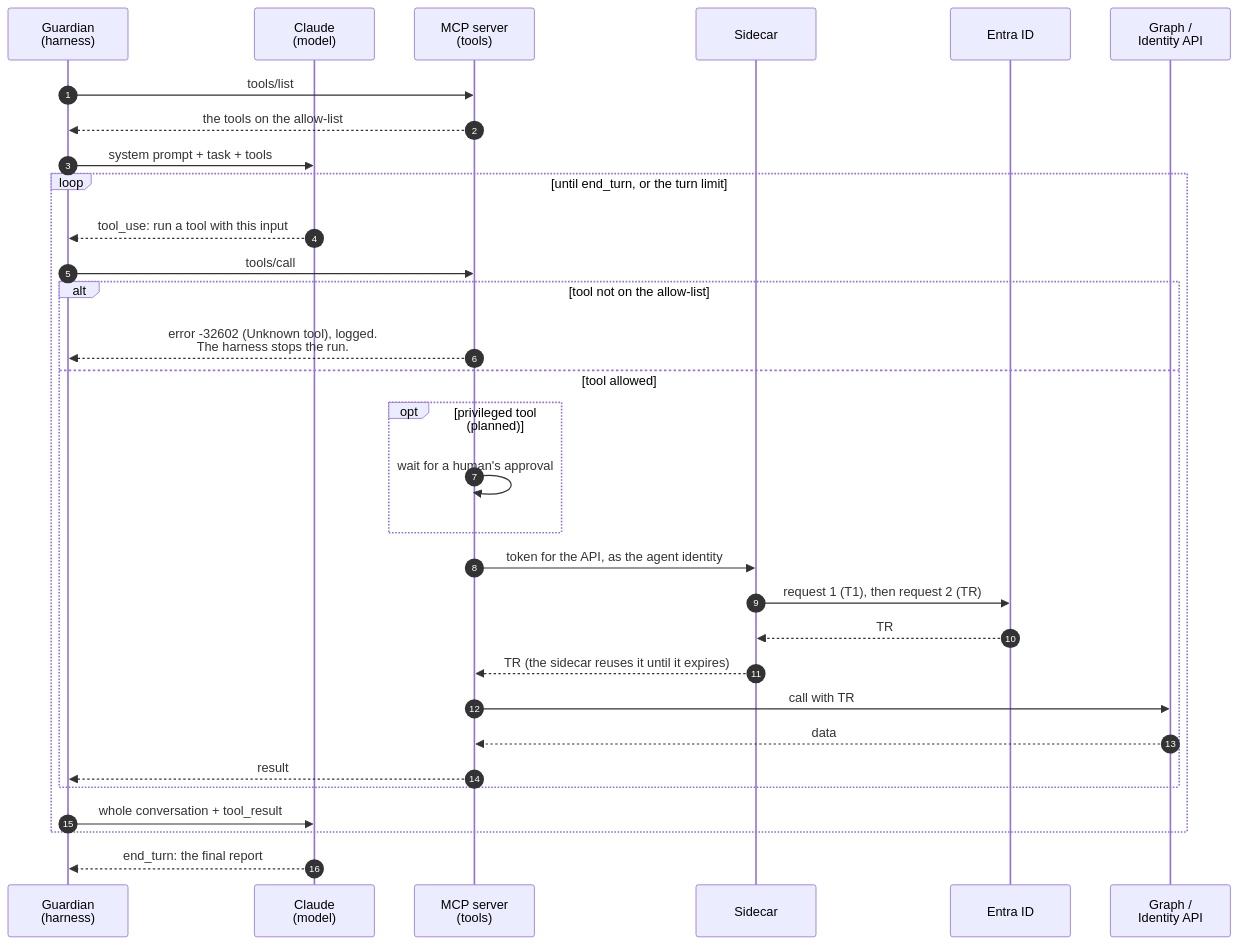
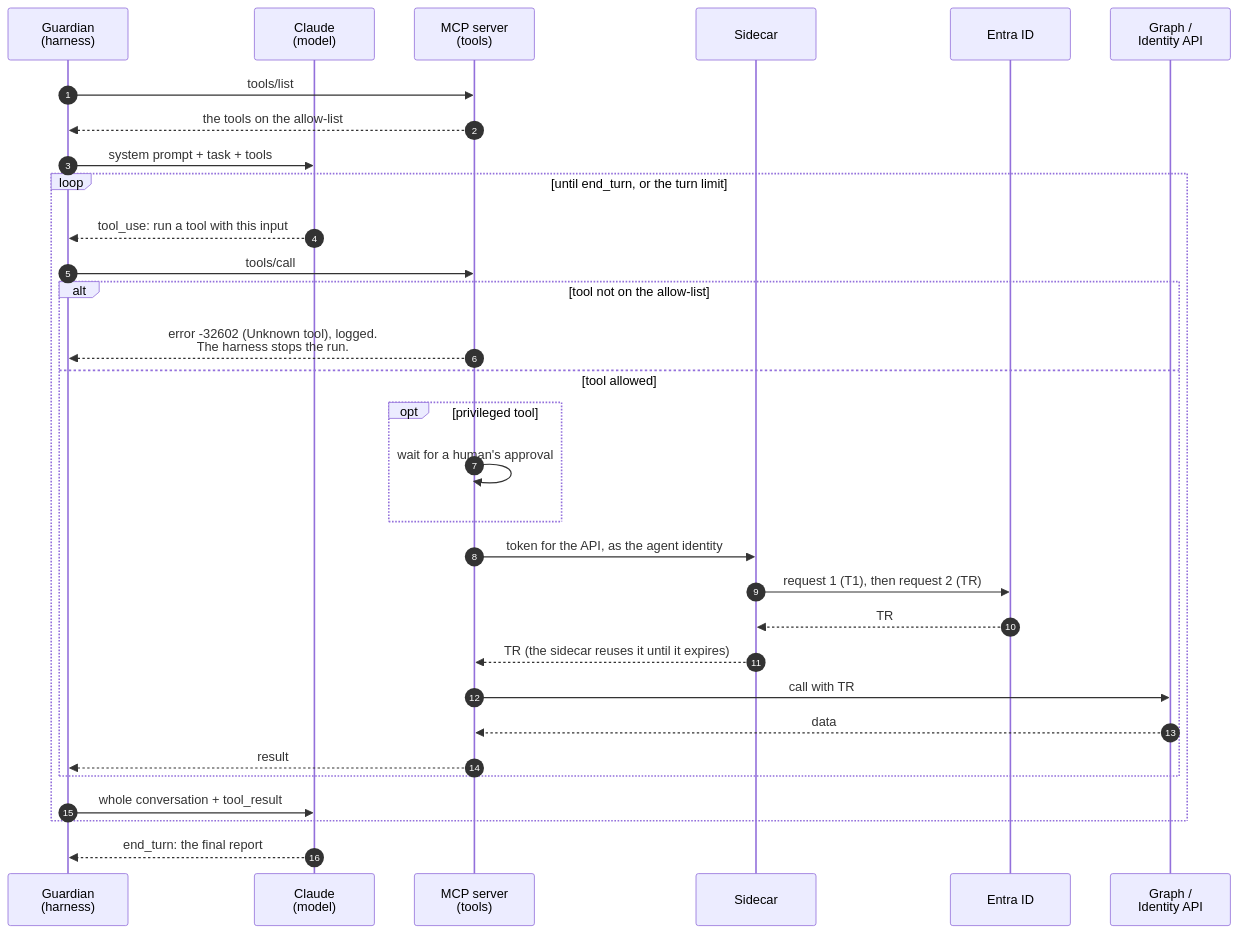
The diagram in docs/harness.md (alireza-mpr/agent-steward), drawn with Mermaid before and after one commit. The commit also changed other lines of this file and 9 other files, not shown here.

````diff
--- a/docs/harness.md
+++ b/docs/harness.md
@@ -32,34 +33,34 @@
 ```mermaid
 sequenceDiagram
     autonumber
     participant G as Guardian<br/>(harness)
     participant C as Claude<br/>(model)
     participant M as MCP server<br/>(tools)
     participant S as Sidecar
     participant E as Entra ID
     participant R as Graph /<br/>Identity API
 
     G->>M: tools/list
     M-->>G: the tools on the allow-list
     G->>C: system prompt + task + tools
     loop until end_turn, or the turn limit
         C-->>G: tool_use: run a tool with this input
         G->>M: tools/call
         alt tool not on the allow-list
             M-->>G: error -32602 (Unknown tool), logged.<br/>The harness stops the run.
         else tool allowed
-            opt privileged tool (planned)
+            opt privileged tool
                 M->>M: wait for a human's approval
             end
             M->>S: token for the API, as the agent identity
             S->>E: request 1 (T1), then request 2 (TR)
             E-->>S: TR
             S-->>M: TR (the sidecar reuses it until it expires)
             M->>R: call with TR
             R-->>M: data
             M-->>G: result
         end
         G->>C: whole conversation + tool_result
     end
     C-->>G: end_turn: the final report
 ```
````
